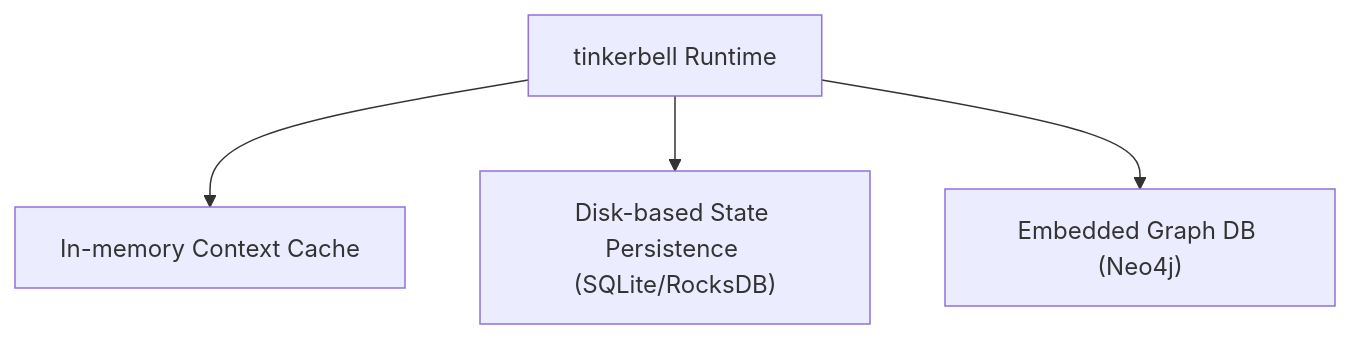
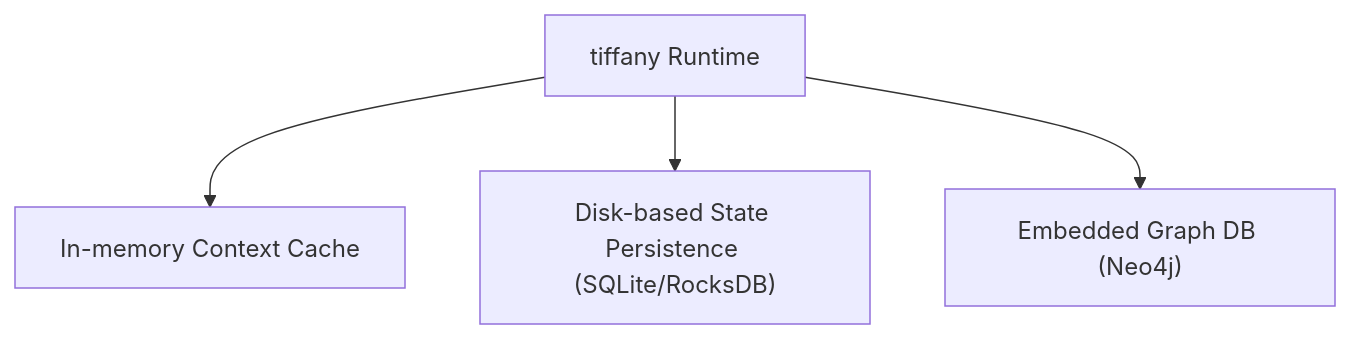
One commit to microscaler/tinkerbell changed the first of 3 diagrams in docs/mdbook/src/whitepapers/Tinkerbell_Concept.md. Above: the diagram before and after it, drawn with Mermaid. The commit also changed other lines of this file and 95 other files, not shown here.

First line of the commit message:
Rename Tinkerbell to Tiffany (#49)

````diff
--- a/docs/mdbook/src/whitepapers/Tinkerbell_Concept.md
+++ b/docs/mdbook/src/whitepapers/Tinkerbell_Concept.md
@@ -78,7 +78,7 @@
 ```mermaid
 graph TD
-    Runtime["tinkerbell Runtime"]
+    Runtime["tiffany Runtime"]
     Runtime --> InMemory["In-memory Context Cache"]
     Runtime --> Persistent["Disk-based State Persistence (SQLite/RocksDB)"]
     Runtime --> Graph["Embedded Graph DB (Neo4j)"]
 ```
````
